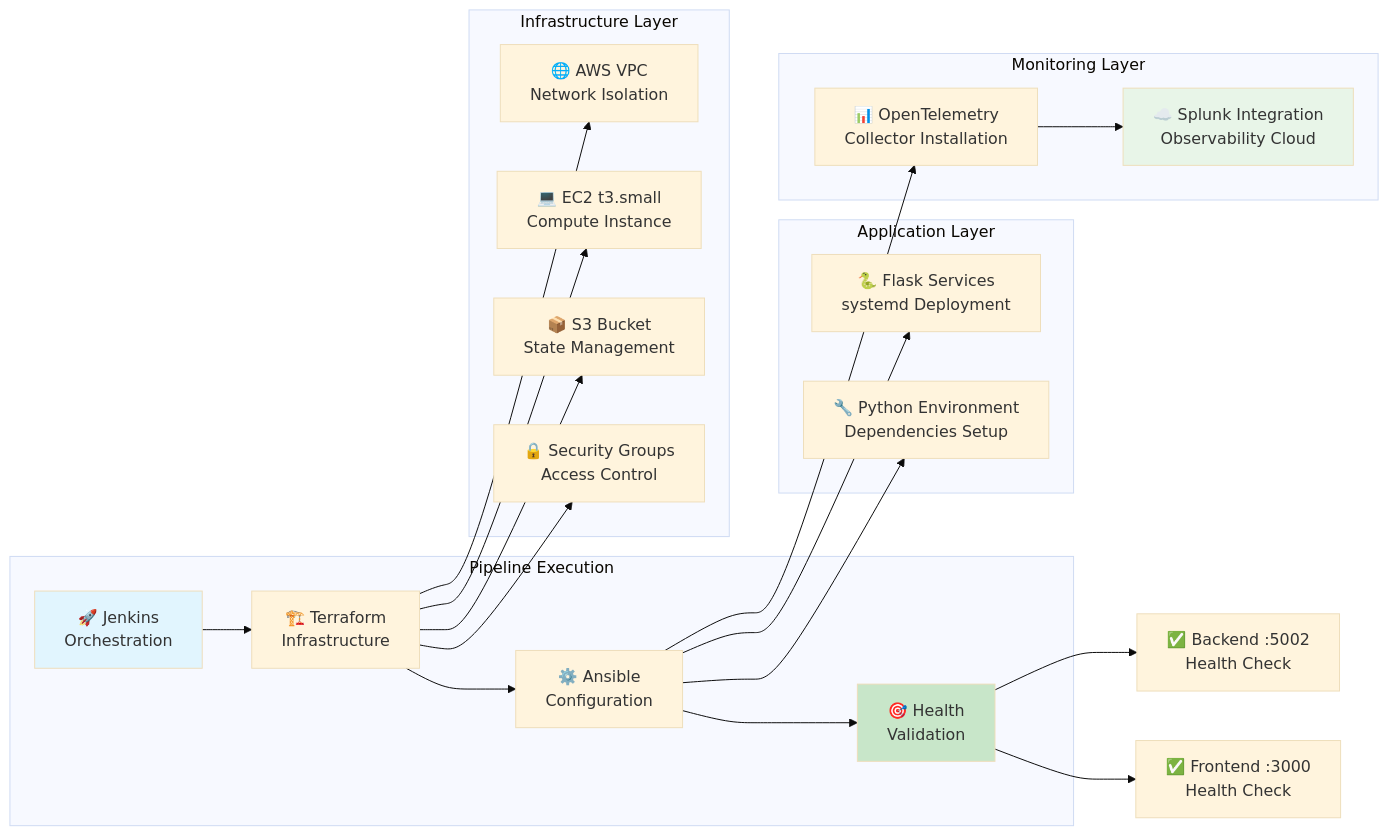
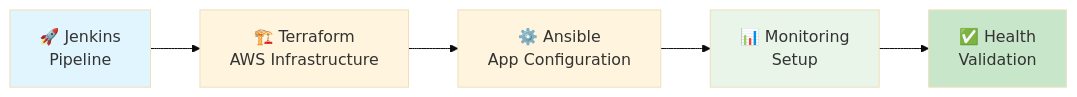
One commit to andreaendigital/CarPricePredictor-Demo changed the second of 6 diagrams in docs/jenkins/DOCUMENTATION_FOR_EXPO.md. Above: the diagram before and after it, drawn with Mermaid (base theme). The commit also changed other lines of this file, not shown here.

First line of the commit message:
docs: Improve EXPO documentation with clean flow diagrams

````diff
--- a/docs/jenkins/DOCUMENTATION_FOR_EXPO.md
+++ b/docs/jenkins/DOCUMENTATION_FOR_EXPO.md
@@ -73,48 +105,11 @@
 ```mermaid
 flowchart LR
-    subgraph "Pipeline Execution"
-        A[🚀 Jenkins<br/>Orchestration]
-        B[🏗️ Terraform<br/>Infrastructure]
-        C[⚙️ Ansible<br/>Configuration]
-        D[🎯 Health<br/>Validation]
-    end
-
-    subgraph "Infrastructure Layer"
-        E[🌐 AWS VPC<br/>Network Isolation]
-        F[💻 EC2 t3.small<br/>Compute Instance]
-        G[📦 S3 Bucket<br/>State Management]
-        H[🔒 Security Groups<br/>Access Control]
-    end
-
-    subgraph "Application Layer"
-        I[🐍 Flask Services<br/>systemd Deployment]
-        J[🔧 Python Environment<br/>Dependencies Setup]
-    end
-
-    subgraph "Monitoring Layer"
-        K[📊 OpenTelemetry<br/>Collector Installation]
-        L[☁️ Splunk Integration<br/>Observability Cloud]
-    end
-
-    A --> B
-    B --> C
-    C --> D
-
-    B --> E
-    B --> F
-    B --> G
-    B --> H
-
-    C --> I
-    C --> J
-    C --> K
-
-    K --> L
-
-    D --> M[✅ Backend :5002<br/>Health Check]
-    D --> N[✅ Frontend :3000<br/>Health Check]
+    A[🚀 Jenkins<br/>Pipeline] --> B[🏗️ Terraform<br/>AWS Infrastructure]
+    B --> C[⚙️ Ansible<br/>App Configuration]
+    C --> D[📊 Monitoring<br/>Setup]
+    D --> E[✅ Health<br/>Validation]
 
     style A fill:#e1f5fe
-    style D fill:#c8e6c9
-    style L fill:#e8f5e8
+    style E fill:#c8e6c9
+    style D fill:#e8f5e8
 ```
````
